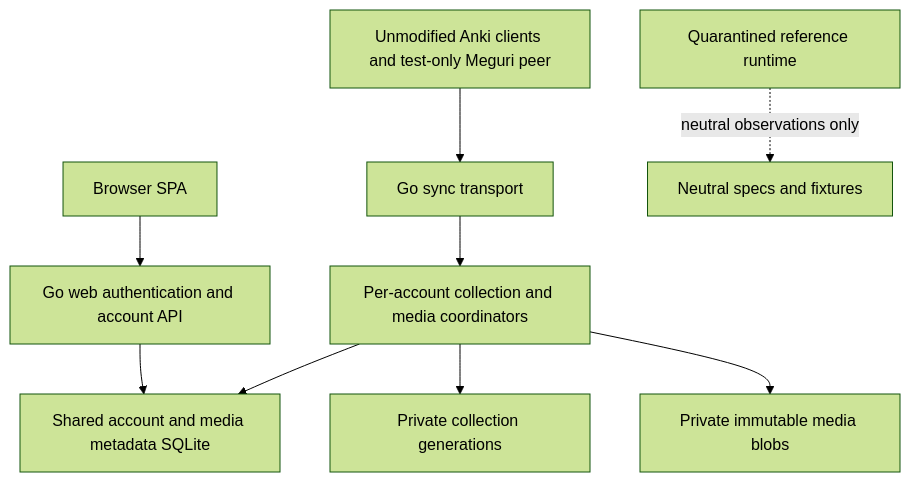
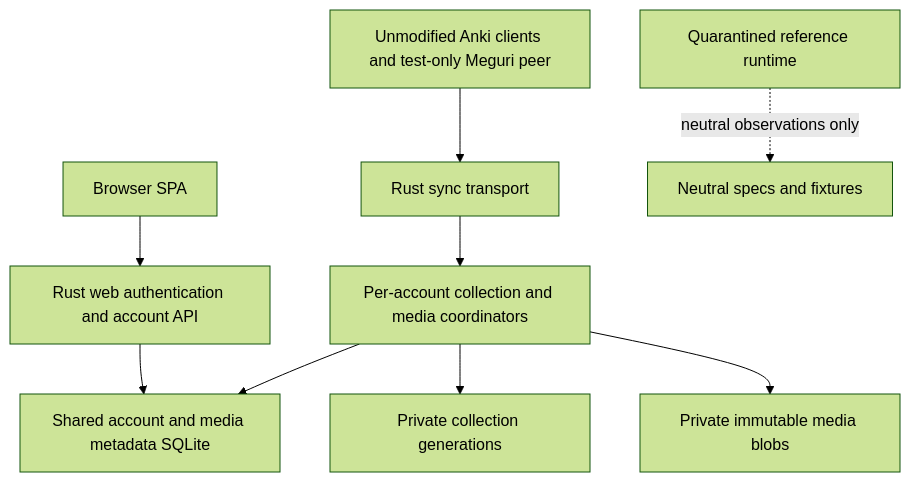
Before and after one commit to antoinefink/meguri: the third of 8 diagrams in docs/plans/2026-11-15-1028-feat-meguri-sync-server-plan.md, drawn with Mermaid (forest theme). The commit also changed other lines of this file and 1 other file, not shown here.

First line of the commit message:
Choose Rust and bound dependencies for Meguri Sync

````diff
--- a/docs/plans/2026-11-15-1028-feat-meguri-sync-server-plan.md
+++ b/docs/plans/2026-11-15-1028-feat-meguri-sync-server-plan.md
@@ -271,11 +276,11 @@
 ```mermaid
 flowchart TB
-    Browser["Browser SPA"] --> Web["Go web authentication and account API"]
-    Clients["Unmodified Anki clients and test-only Meguri peer"] --> Protocol["Go sync transport"]
+    Browser["Browser SPA"] --> Web["Rust web authentication and account API"]
+    Clients["Unmodified Anki clients and test-only Meguri peer"] --> Protocol["Rust sync transport"]
     Web --> Accounts["Shared account and media metadata SQLite"]
     Protocol --> Coordinator["Per-account collection and media coordinators"]
     Coordinator --> Accounts
     Coordinator --> Collection["Private collection generations"]
     Coordinator --> Blobs["Private immutable media blobs"]
     Reference["Quarantined reference runtime"] -. "neutral observations only" .-> Fixtures["Neutral specs and fixtures"]
 ```
````
